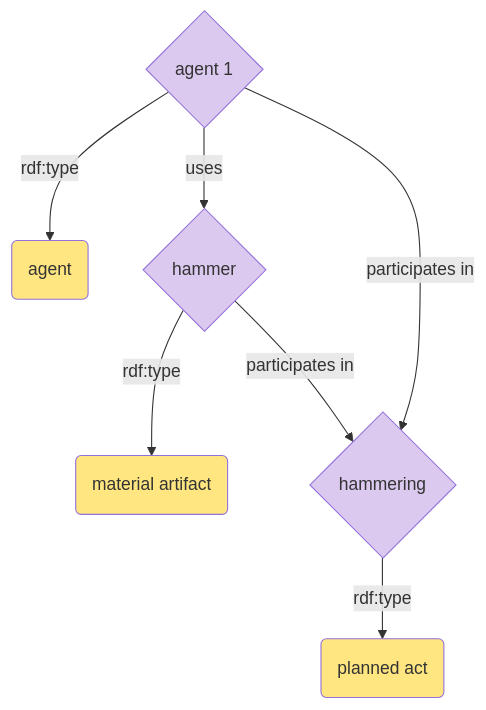
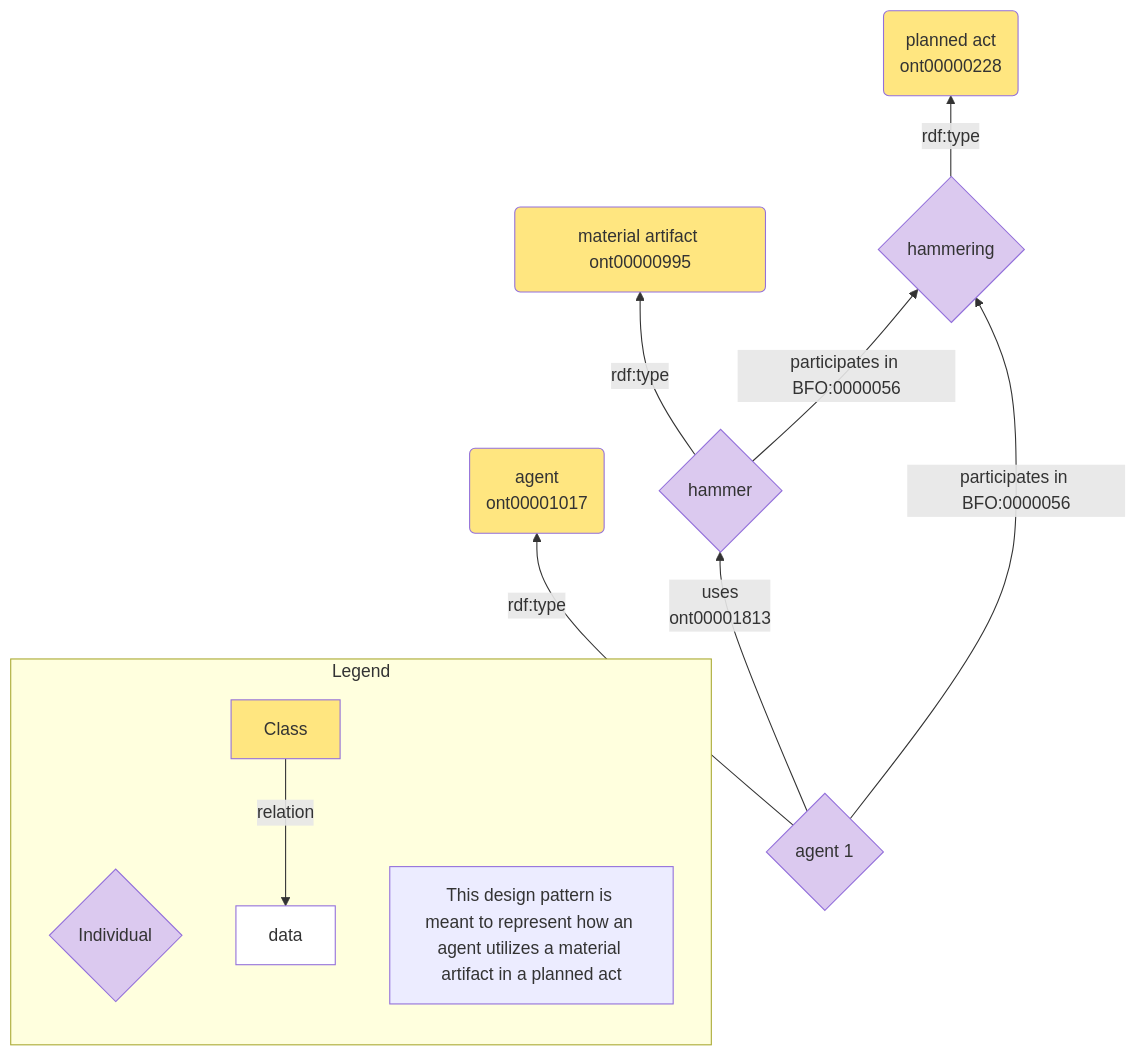
One commit to giacomodecolle/CCO-design-patterns changed the diagram in design-patterns/new-patterns/information/agent hammer use.mmd. Above: the diagram before and after it, drawn with Mermaid.

Commit message:
Update agent hammer use.mmd

```diff
--- a/design-patterns/new-patterns/information/agent hammer use.mmd
+++ b/design-patterns/new-patterns/information/agent hammer use.mmd
@@ -1,19 +1,37 @@
-flowchart TD
-id1{agent 1}--rdf:type-->id5(agent)
-id2{hammer}--rdf:type-->id3(material artifact)
-id1--uses-->id2
-id6{hammering}--rdf:type-->id4(planned act)
-id1--participates in-->id6
-id2--participates in-->id6
+flowchart BT
+
+id1{agent 1}--rdf:type-->id5(agent 
+ont00001017)
+id2{hammer}--rdf:type-->id3(material artifact ont00000995)
+id1--uses 
+ont00001813-->id2
+id6{hammering}--rdf:type-->id4(planned act 
+ont00000228)
+id1--participates in BFO:0000056-->id6
+id2--participates in BFO:0000056-->id6
 id1:::Class_01
 classDef Class_01 fill:#dbc9ef
 id2:::Class_02
 classDef Class_02 fill:#dbc9ef
 id3:::Class_03
 classDef Class_03 fill:#ffe680
 id4:::Class_04
 classDef Class_04 fill:#ffe680
 id5:::Class_05
 classDef Class_05 fill:#ffe680
 id6:::Class_06
 classDef Class_06 fill:#dbc9ef
+
+subgraph Legend
+    AA{Individual}
+    BB[Class]
+    CC[data]
+    BB --> |relation| CC
+    DD[This design pattern is meant to represent how an agent utilizes a material artifact in a planned act]
+    classDef yellow fill:#ffe680
+classDef purple fill:#dbc9ef
+classDef white fill:#ffffff
+class BB yellow
+class AA purple
+class CC white
+    end
```
